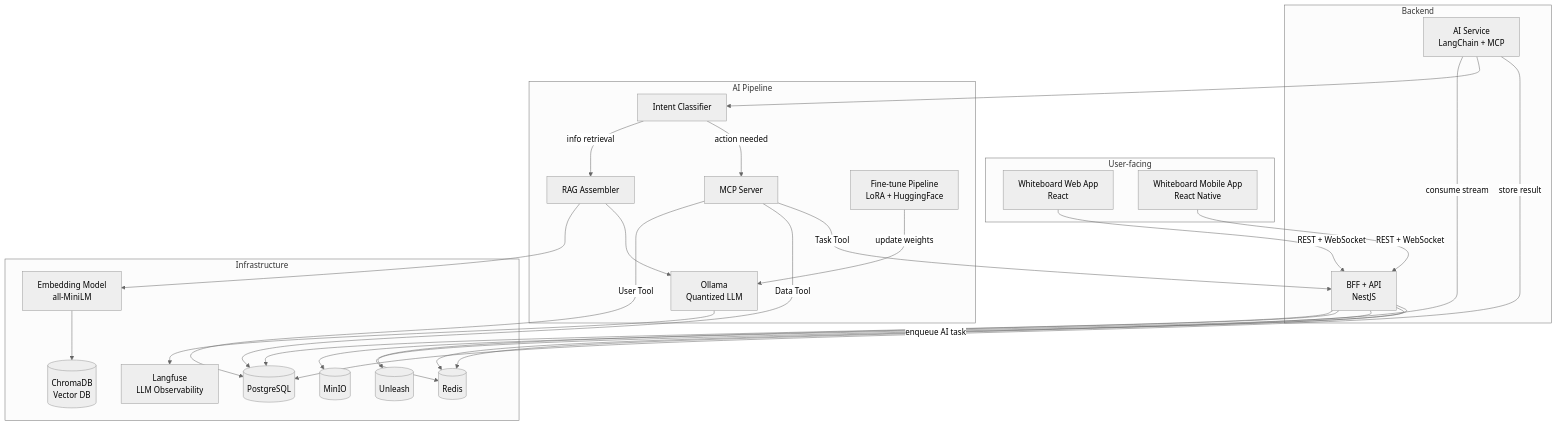
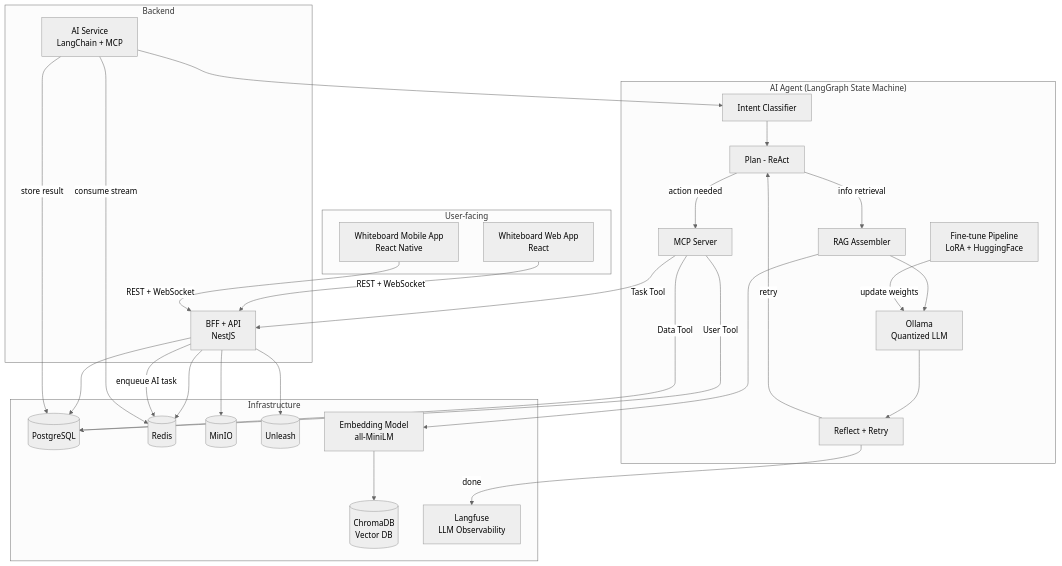
The second of 4 diagrams in docs/global_tech_stack.md (Eyolf6Coyote7/Eyolf6Coyote7), drawn with Mermaid (neutral theme) before and after one commit. The commit also changed other lines of this file, not shown here.

First line of the commit message:
📘docs#29: add AI Agent State Machine (LangGraph, ReAct, memory, SSE streaming)

````diff
--- a/docs/global_tech_stack.md
+++ b/docs/global_tech_stack.md
@@ -127,51 +127,56 @@
 ```mermaid
 graph TD
   subgraph "User-facing"
     WEB[Whiteboard Web App<br/>React]
     MOB[Whiteboard Mobile App<br/>React Native]
   end
 
   subgraph "Backend"
     BFF[BFF + API<br/>NestJS]
     AIS[AI Service<br/>LangChain + MCP]
   end
 
-  subgraph "AI Pipeline"
+  subgraph "AI Agent (LangGraph State Machine)"
     IC[Intent Classifier]
+    PLAN[Plan - ReAct]
     RAG[RAG Assembler]
     LLM[Ollama<br/>Quantized LLM]
     MCP_S[MCP Server]
+    REFLECT[Reflect + Retry]
     FT[Fine-tune Pipeline<br/>LoRA + HuggingFace]
   end
 
   subgraph "Infrastructure"
     PG[(PostgreSQL)]
     RD[(Redis)]
     MIO[(MinIO)]
     UL[(Unleash)]
     VDB[(ChromaDB<br/>Vector DB)]
     EMB[Embedding Model<br/>all-MiniLM]
     LF[Langfuse<br/>LLM Observability]
   end
 
   WEB -->|REST + WebSocket| BFF
   MOB -->|REST + WebSocket| BFF
   BFF --> PG
   BFF --> RD
   BFF --> MIO
   BFF --> UL
   BFF -->|enqueue AI task| RD
   AIS -->|consume stream| RD
   AIS --> IC
-  IC -->|info retrieval| RAG
-  IC -->|action needed| MCP_S
+  IC --> PLAN
+  PLAN -->|info retrieval| RAG
+  PLAN -->|action needed| MCP_S
   RAG --> EMB
   EMB --> VDB
   RAG --> LLM
   MCP_S -->|User Tool| PG
   MCP_S -->|Data Tool| PG
   MCP_S -->|Task Tool| BFF
-  LLM --> LF
+  LLM --> REFLECT
+  REFLECT -->|retry| PLAN
+  REFLECT -->|done| LF
   FT -->|update weights| LLM
   AIS -->|store result| PG
 ```
````
